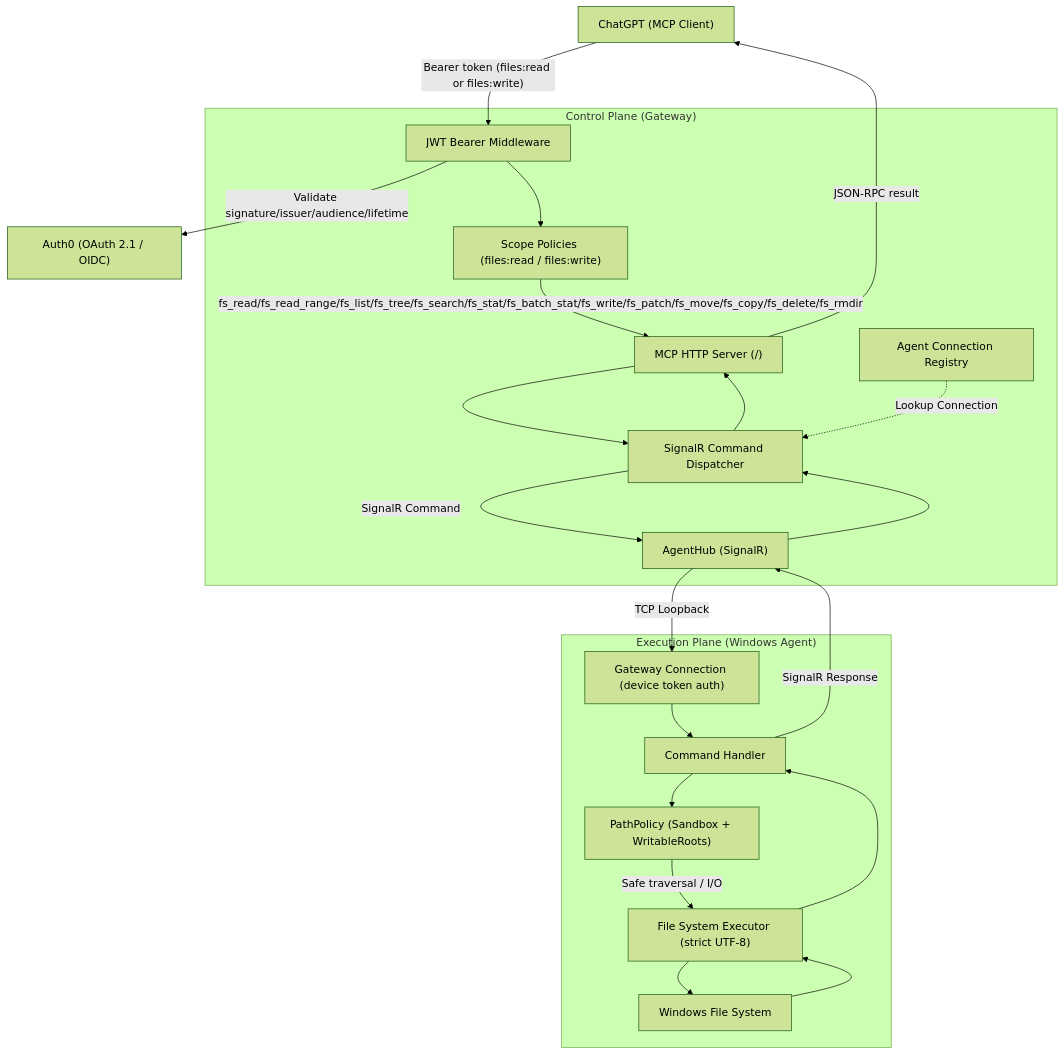
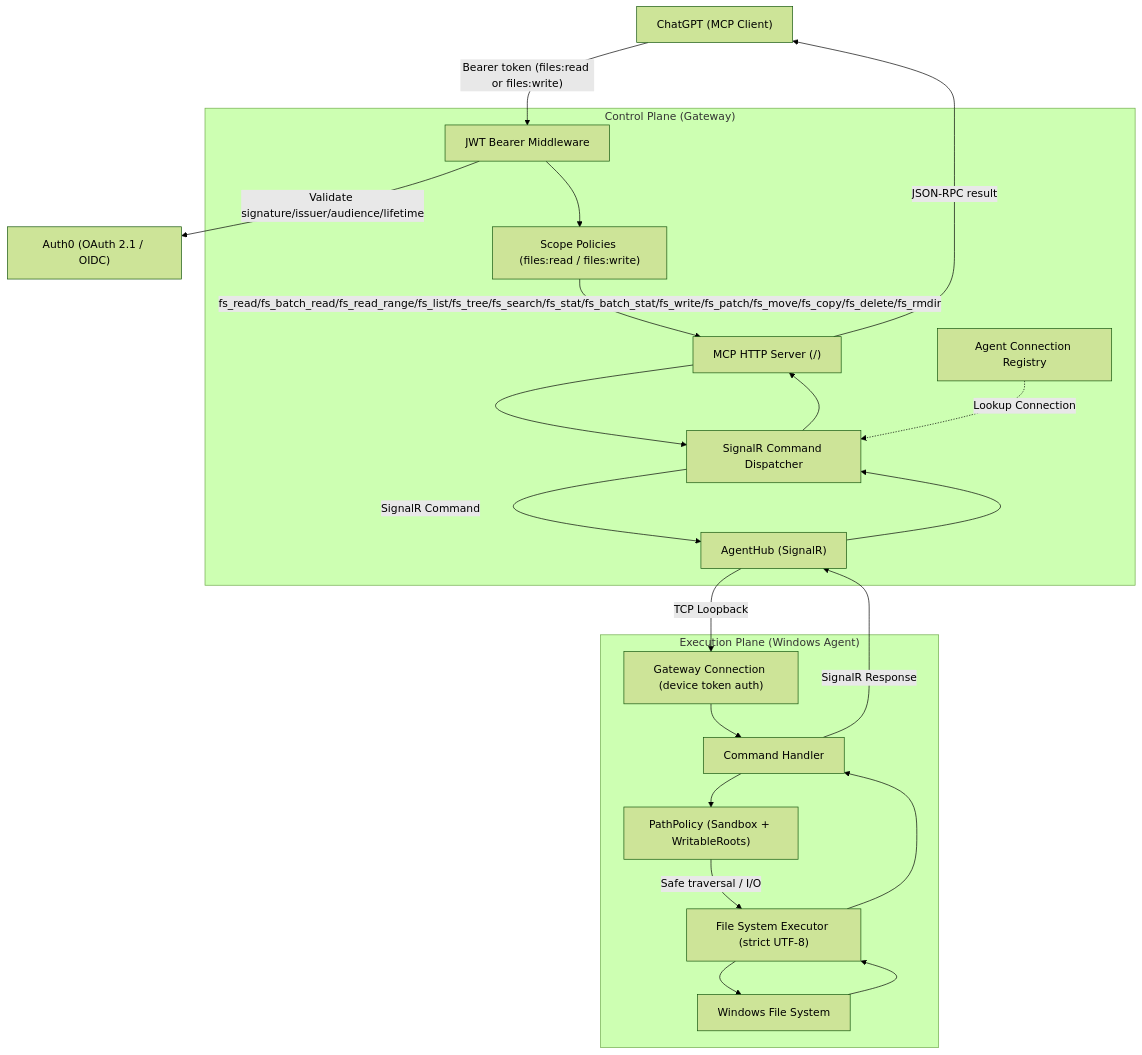
The diagram in README.md (thanhdiner/Agent-Bridge), drawn with Mermaid (forest theme) before and after one commit. The commit also changed other lines of this file and 11 other files, not shown here.

````diff
--- a/README.md
+++ b/README.md
@@ -9,41 +9,41 @@
 ```mermaid
 graph TD
     Client["ChatGPT (MCP Client)"]
     Auth0["Auth0 (OAuth 2.1 / OIDC)"]
 
     subgraph ControlPlane["Control Plane (Gateway)"]
         McpServer["MCP HTTP Server (/)"]
         Registry["Agent Connection Registry"]
         Dispatcher["SignalR Command Dispatcher"]
         Hub["AgentHub (SignalR)"]
         JwtMiddleware["JWT Bearer Middleware"]
         ScopePolicies["Scope Policies (files:read / files:write)"]
     end
 
     subgraph ExecutionPlane["Execution Plane (Windows Agent)"]
         Conn["Gateway Connection (device token auth)"]
         Handler["Command Handler"]
         Sandbox["PathPolicy (Sandbox + WritableRoots)"]
         Executor["File System Executor (strict UTF-8)"]
         Disk["Windows File System"]
     end
 
     Client -->|"Bearer token (files:read or files:write)"| JwtMiddleware
     JwtMiddleware -->|Validate signature/issuer/audience/lifetime| Auth0
     JwtMiddleware --> ScopePolicies
-    ScopePolicies -->|fs_read/fs_read_range/fs_list/fs_tree/fs_search/fs_stat/fs_batch_stat/fs_write/fs_patch/fs_move/fs_copy/fs_delete/fs_rmdir| McpServer
+    ScopePolicies -->|fs_read/fs_batch_read/fs_read_range/fs_list/fs_tree/fs_search/fs_stat/fs_batch_stat/fs_write/fs_patch/fs_move/fs_copy/fs_delete/fs_rmdir| McpServer
     McpServer --> Dispatcher
     Registry -.->|Lookup Connection| Dispatcher
     Dispatcher -->|SignalR Command| Hub
     Hub -->|TCP Loopback| Conn
     Conn --> Handler
     Handler --> Sandbox
     Sandbox -->|Safe traversal / I/O| Executor
     Executor --> Disk
     Disk --> Executor
     Executor --> Handler
     Handler -->|SignalR Response| Hub
     Hub --> Dispatcher
     Dispatcher --> McpServer
     McpServer -->|JSON-RPC result| Client
 ```
````
